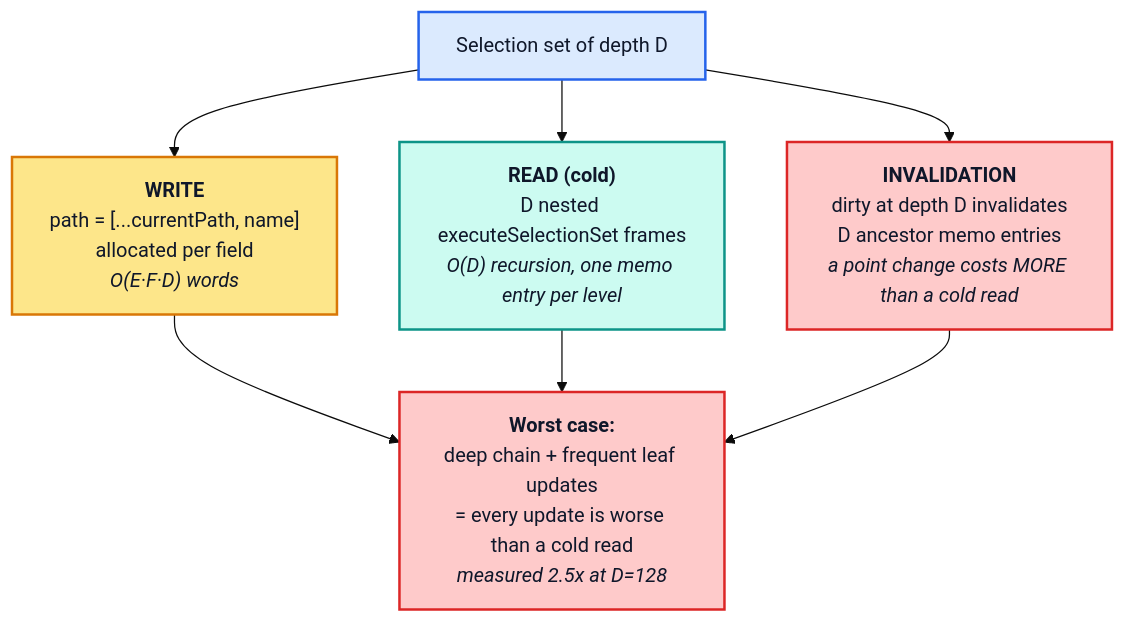
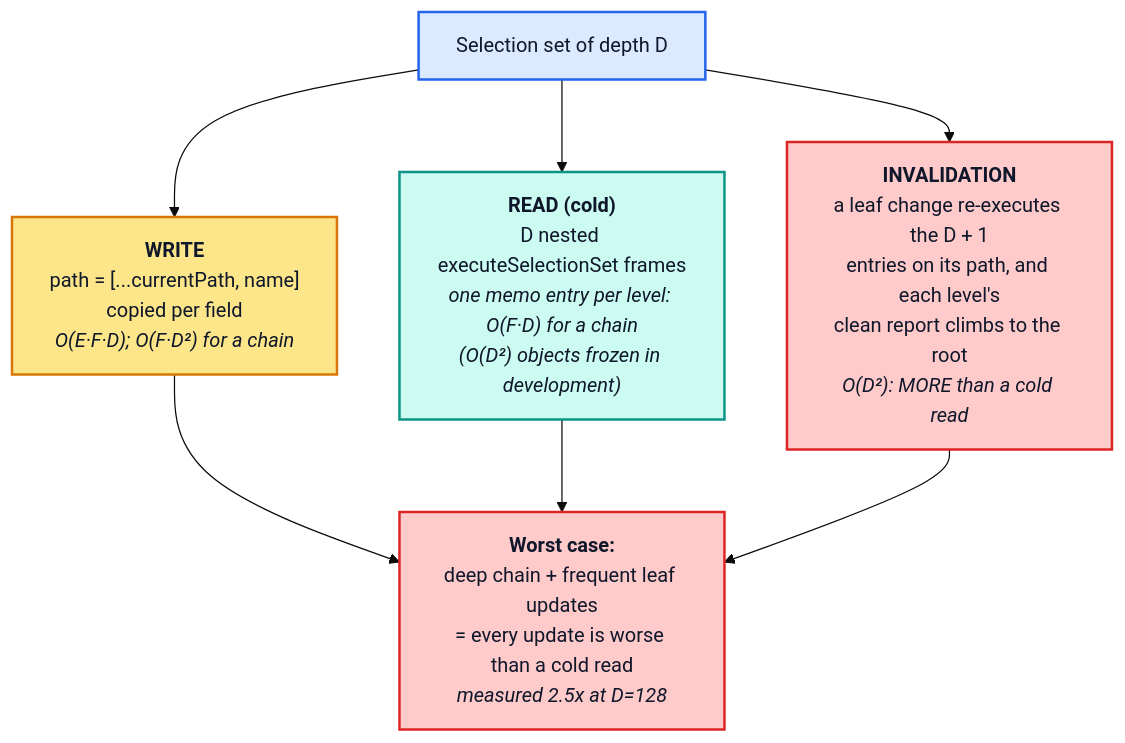
One commit to convict-git/fast-gql-cache-rs changed the first of 3 diagrams in docs/performance/07-structural-stress.md. Above: the diagram before and after it, drawn with Mermaid (base theme). The commit also changed other lines of this file and 10 other files, not shown here.

First line of the commit message:
docs(perf): correct complexities and flows, define every symbol

````diff
--- a/docs/performance/07-structural-stress.md
+++ b/docs/performance/07-structural-stress.md
@@ -35,17 +35,17 @@
 ```mermaid
 flowchart TB
     D["Selection set of depth D"]:::api
 
-    D --> W["<b>WRITE</b><br/>path = [...currentPath, name]<br/>allocated per field<br/><i>O(E·F·D) words</i>"]:::write
-    D --> R["<b>READ (cold)</b><br/>D nested executeSelectionSet frames<br/><i>O(D) recursion, one memo entry per level</i>"]:::read
-    D --> I["<b>INVALIDATION</b><br/>dirty at depth D invalidates<br/>D ancestor memo entries<br/><i>a point change costs MORE than a cold read</i>"]:::dirty
+    D --> W["<b>WRITE</b><br/>path = [...currentPath, name]<br/>copied per field<br/><i>O(E·F·D); O(F·D²) for a chain</i>"]:::write
+    D --> R["<b>READ (cold)</b><br/>D nested executeSelectionSet frames<br/><i>one memo entry per level: O(F·D) for a chain<br/>(O(D²) objects frozen in development)</i>"]:::read
+    D --> I["<b>INVALIDATION</b><br/>a leaf change re-executes the D + 1<br/>entries on its path, and each level's<br/>clean report climbs to the root<br/><i>O(D²): MORE than a cold read</i>"]:::dirty
 
     W --> WORST["<b>Worst case:</b><br/>deep chain + frequent leaf updates<br/>= every update is worse than a cold read<br/><i>measured 2.5x at D=128</i>"]:::dirty
     R --> WORST
     I --> WORST
 
     classDef api fill:#dbeafe,stroke:#2563eb,stroke-width:2px,color:#0f172a
     classDef read fill:#ccfbf1,stroke:#0d9488,stroke-width:2px,color:#0f172a
     classDef write fill:#fde68a,stroke:#d97706,stroke-width:2px,color:#0f172a
     classDef dirty fill:#fecaca,stroke:#dc2626,stroke-width:2px,color:#0f172a
 ```
````
